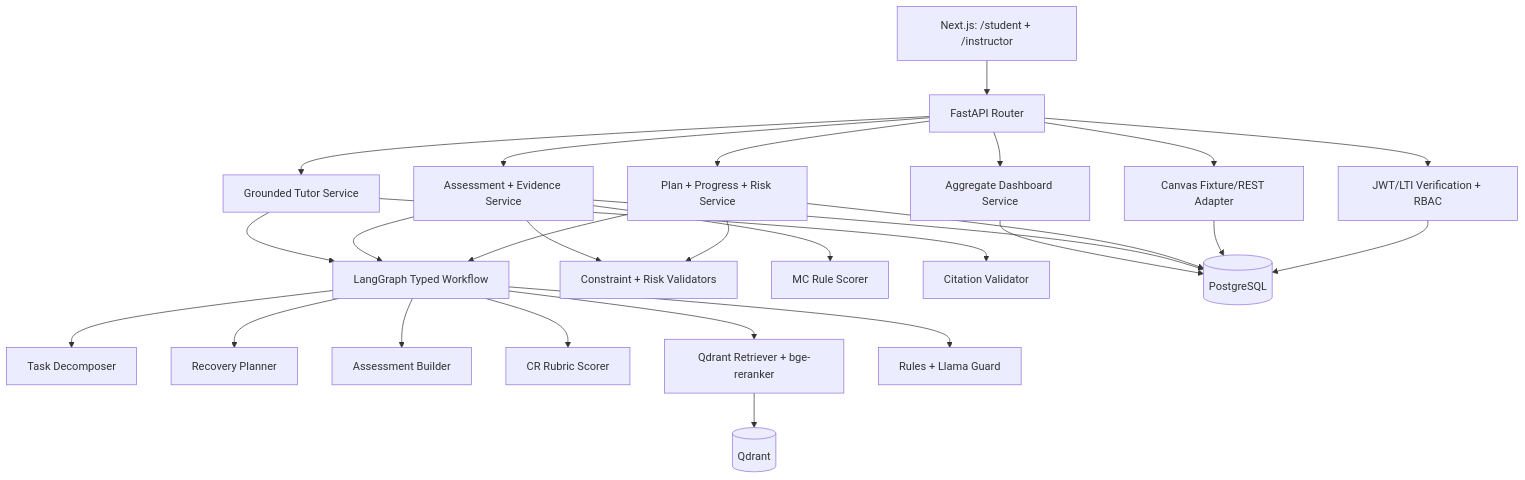
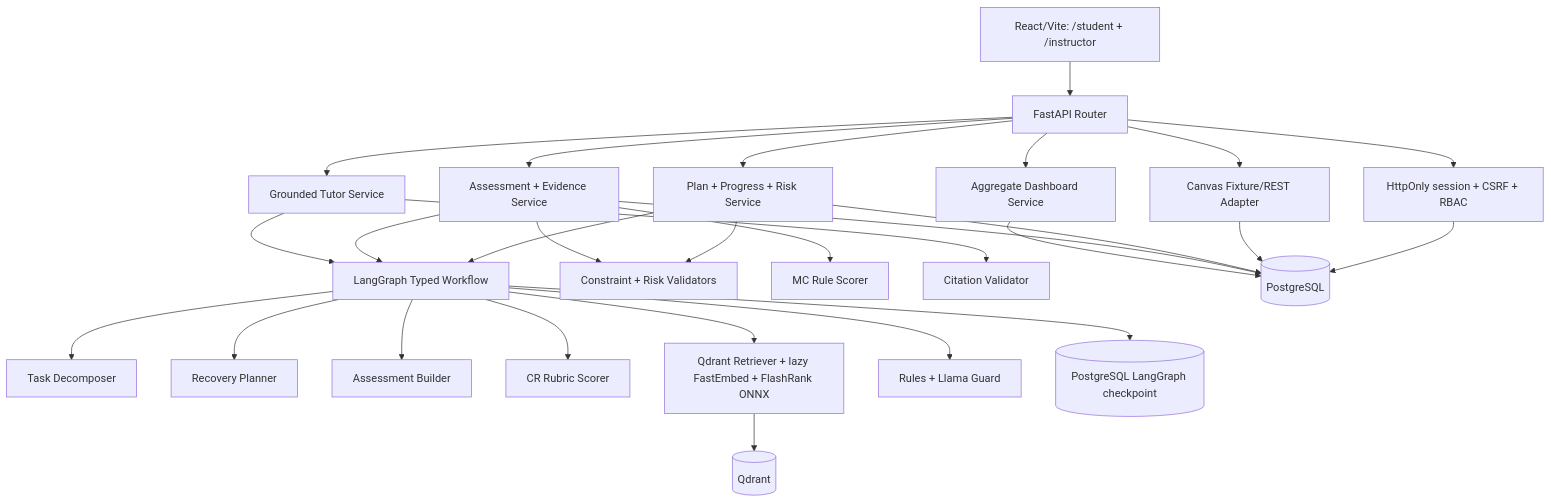
The second of 4 diagrams in docs/architecture_diagram.md (kchi24/K4_AI20K_2A202602797_ThanThiKimChi_Project), drawn with Mermaid before and after one commit. The commit also changed other lines of this file and 40 other files, not shown here.

````diff
--- a/docs/architecture_diagram.md
+++ b/docs/architecture_diagram.md
@@ -29,32 +26,33 @@
 ```mermaid
 flowchart TB
-    UI[Next.js: /student + /instructor] --> API[FastAPI Router]
-    API --> Auth[JWT/LTI Verification + RBAC]
+    UI[React/Vite: /student + /instructor] --> API[FastAPI Router]
+    API --> Auth[HttpOnly session + CSRF + RBAC]
     API --> CanvasAdapter[Canvas Fixture/REST Adapter]
     API --> Plan[Plan + Progress + Risk Service]
     API --> Assess[Assessment + Evidence Service]
     API --> Tutor[Grounded Tutor Service]
     API --> Dashboard[Aggregate Dashboard Service]
 
     Plan --> Graph[LangGraph Typed Workflow]
     Assess --> Graph
     Tutor --> Graph
     Graph --> Decompose[Task Decomposer]
     Graph --> Recover[Recovery Planner]
     Graph --> ItemBuilder[Assessment Builder]
     Graph --> RubricScorer[CR Rubric Scorer]
-    Graph --> Retriever[Qdrant Retriever + bge-reranker]
+    Graph --> Retriever[Qdrant Retriever + lazy FastEmbed + FlashRank ONNX]
     Graph --> Guardrail[Rules + Llama Guard]
 
     Plan --> Deterministic[Constraint + Risk Validators]
     Assess --> Deterministic
     Assess --> MC[MC Rule Scorer]
     Tutor --> Citation[Citation Validator]
 
     Auth --> DB[(PostgreSQL)]
     CanvasAdapter --> DB
     Plan --> DB
     Assess --> DB
     Dashboard --> DB
     Retriever --> Qdrant[(Qdrant)]
+    Graph --> Checkpoint[(PostgreSQL LangGraph checkpoint)]
 ```
````
